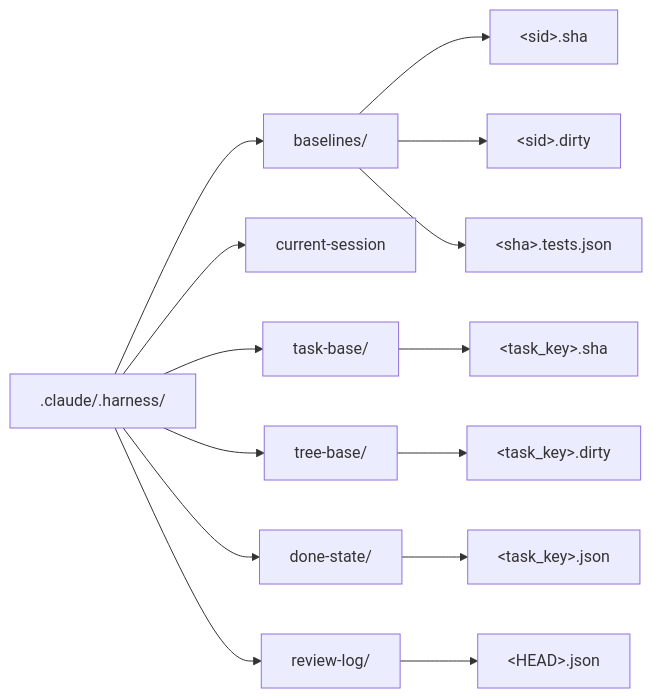
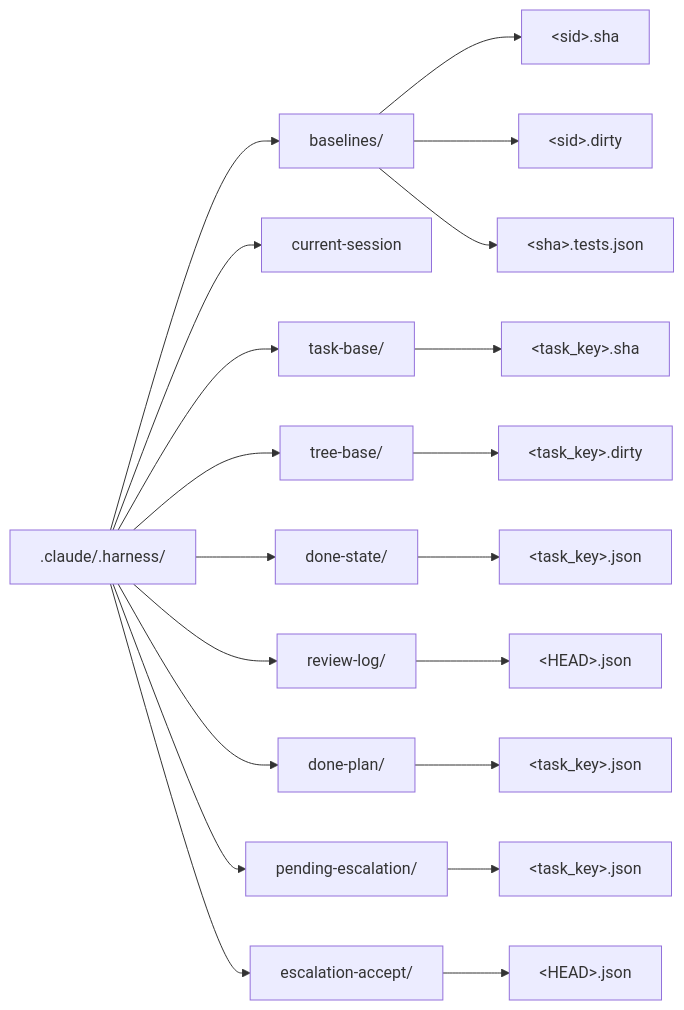
The tenth of 10 diagrams in docs/architecture.md (pehota/harlo), drawn with Mermaid before and after one commit. The commit also changed other lines of this file and 2 other files, not shown here.

Commit message:
docs(harness): re-sync architecture/design/READMEs to current gate, FSM, coverage, triage, validator

````diff
--- a/docs/architecture.md
+++ b/docs/architecture.md
@@ -565,16 +680,22 @@
 ```mermaid
 flowchart LR
   H[".claude/.harness/"] --> BL["baselines/"]
   H --> CS["current-session"]
   H --> TB["task-base/"]
   H --> TRB["tree-base/"]
   H --> DS["done-state/"]
   H --> RL["review-log/"]
+  H --> DP["done-plan/"]
+  H --> PE["pending-escalation/"]
+  H --> EA["escalation-accept/"]
   BL --> B1["&lt;sid&gt;.sha"]
   BL --> B2["&lt;sid&gt;.dirty"]
   BL --> B3["&lt;sha&gt;.tests.json"]
   TB --> T1["&lt;task_key&gt;.sha"]
   TRB --> TR1["&lt;task_key&gt;.dirty"]
   DS --> D1["&lt;task_key&gt;.json"]
   RL --> R1["&lt;HEAD&gt;.json"]
+  DP --> DP1["&lt;task_key&gt;.json"]
+  PE --> PE1["&lt;task_key&gt;.json"]
+  EA --> EA1["&lt;HEAD&gt;.json"]
 ```
````
